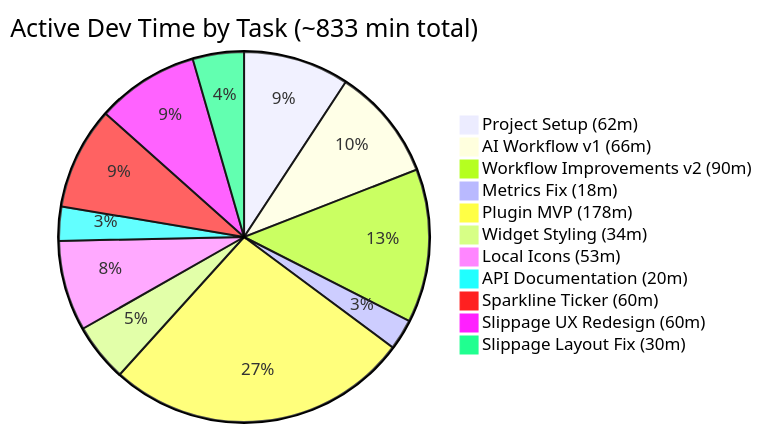
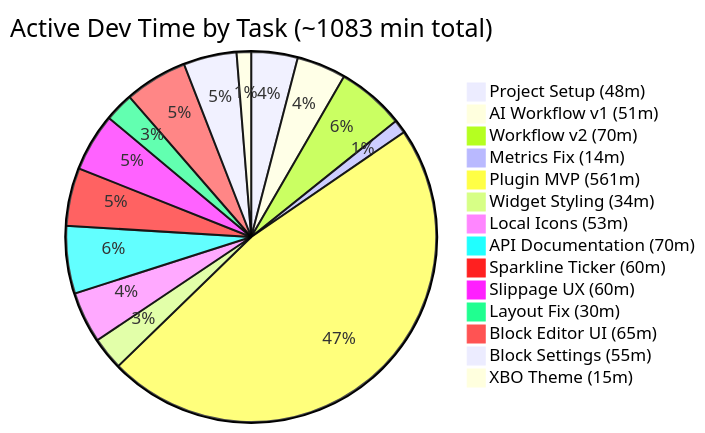
One commit to atlantdak/claude-code-hackathon-xbo-market-kit changed the first of 7 diagrams in README.md. Above: the diagram before and after it, drawn with Mermaid. The commit also changed other lines of this file and 2 other files, not shown here.

First line of the commit message:
docs(metrics): recalculate metrics from ccusage + JSONL sessions

````diff
--- a/README.md
+++ b/README.md
@@ -61,14 +61,17 @@
 ```mermaid
-pie title Active Dev Time by Task (~833 min total)
-    "Project Setup (62m)" : 62
-    "AI Workflow v1 (66m)" : 66
-    "Workflow Improvements v2 (90m)" : 90
-    "Metrics Fix (18m)" : 18
-    "Plugin MVP (178m)" : 178
+pie title Active Dev Time by Task (~1083 min total)
+    "Project Setup (48m)" : 48
+    "AI Workflow v1 (51m)" : 51
+    "Workflow v2 (70m)" : 70
+    "Metrics Fix (14m)" : 14
+    "Plugin MVP (561m)" : 561
     "Widget Styling (34m)" : 34
     "Local Icons (53m)" : 53
-    "API Documentation (20m)" : 20
+    "API Documentation (70m)" : 70
     "Sparkline Ticker (60m)" : 60
-    "Slippage UX Redesign (60m)" : 60
-    "Slippage Layout Fix (30m)" : 30
+    "Slippage UX (60m)" : 60
+    "Layout Fix (30m)" : 30
+    "Block Editor UI (65m)" : 65
+    "Block Settings (55m)" : 55
+    "XBO Theme (15m)" : 15
 ```
````
